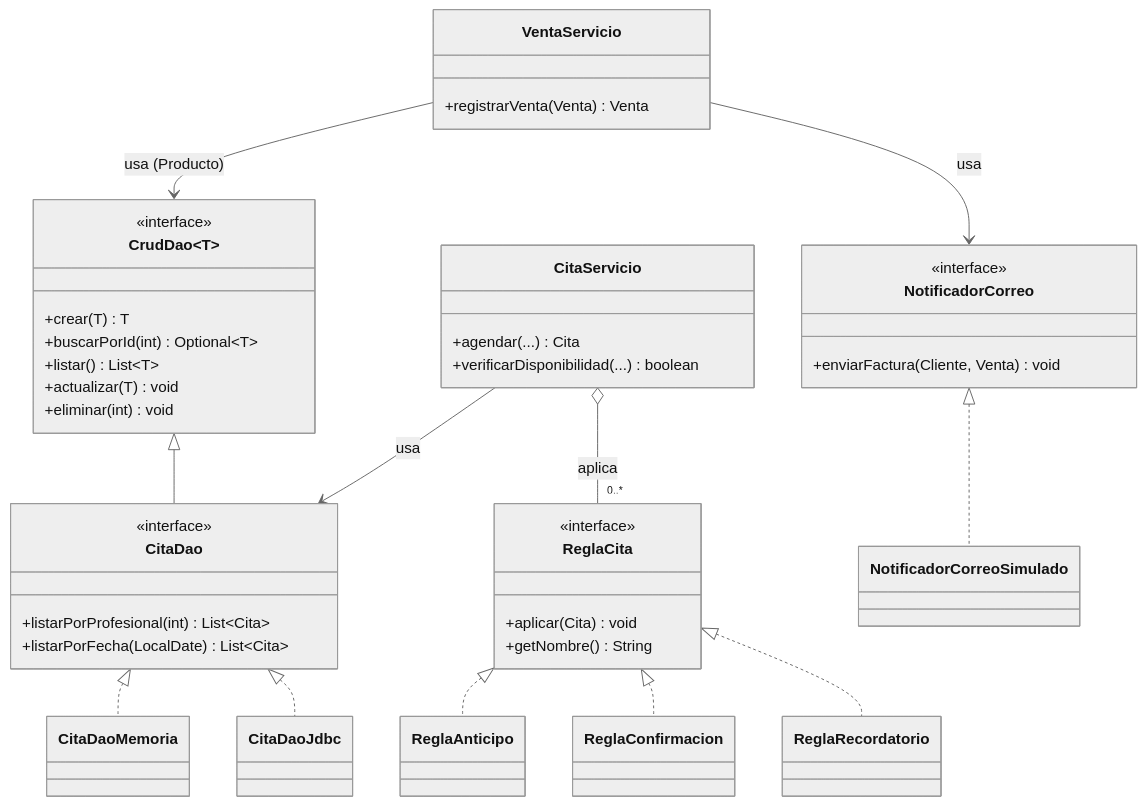
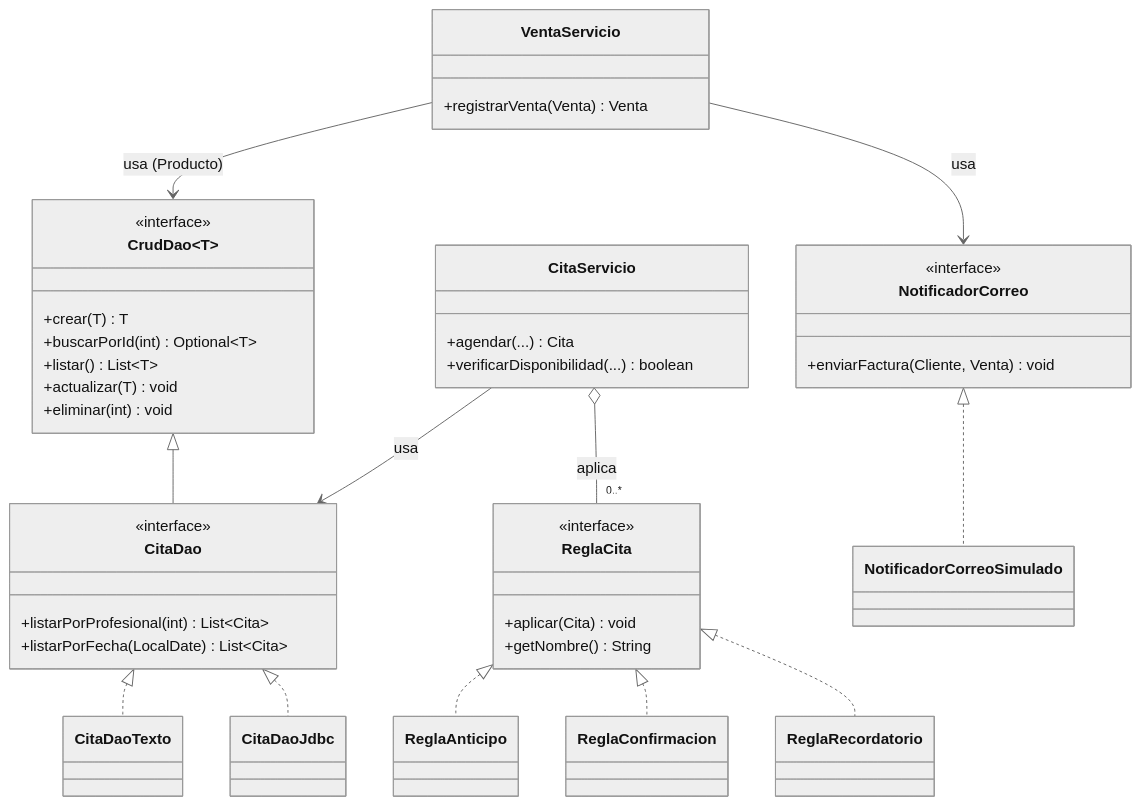
The third of 3 diagrams in docs/fase2/diseno-clases.md (samueldrangel/maison-glow), drawn with Mermaid (neutral theme) before and after one commit. The commit also changed other lines of this file and 1 other file, not shown here.

````diff
--- a/docs/fase2/diseno-clases.md
+++ b/docs/fase2/diseno-clases.md
@@ -448,50 +448,50 @@
 ```mermaid
 classDiagram
     class CrudDao~T~ {
         <<interface>>
         +crear(T) T
         +buscarPorId(int) Optional~T~
         +listar() List~T~
         +actualizar(T) void
         +eliminar(int) void
     }
     class CitaDao {
         <<interface>>
         +listarPorProfesional(int) List~Cita~
         +listarPorFecha(LocalDate) List~Cita~
     }
-    class CitaDaoMemoria
+    class CitaDaoTexto
     class CitaDaoJdbc
     class ReglaCita {
         <<interface>>
         +aplicar(Cita) void
         +getNombre() String
     }
     class ReglaAnticipo
     class ReglaConfirmacion
     class ReglaRecordatorio
     class NotificadorCorreo {
         <<interface>>
         +enviarFactura(Cliente, Venta) void
     }
     class NotificadorCorreoSimulado
     class CitaServicio {
         +agendar(...) Cita
         +verificarDisponibilidad(...) boolean
     }
     class VentaServicio {
         +registrarVenta(Venta) Venta
     }
 
     CrudDao <|-- CitaDao
-    CitaDao <|.. CitaDaoMemoria
+    CitaDao <|.. CitaDaoTexto
     CitaDao <|.. CitaDaoJdbc
     ReglaCita <|.. ReglaAnticipo
     ReglaCita <|.. ReglaConfirmacion
     ReglaCita <|.. ReglaRecordatorio
     NotificadorCorreo <|.. NotificadorCorreoSimulado
     CitaServicio --> CitaDao : usa
     CitaServicio o-- "0..*" ReglaCita : aplica
     VentaServicio --> NotificadorCorreo : usa
     VentaServicio --> CrudDao : usa (Producto)
 ```
````
